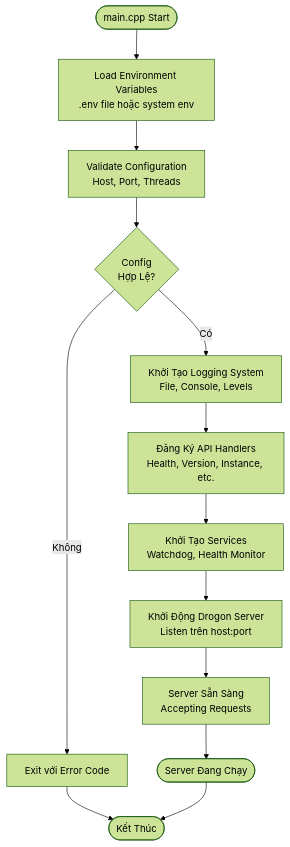
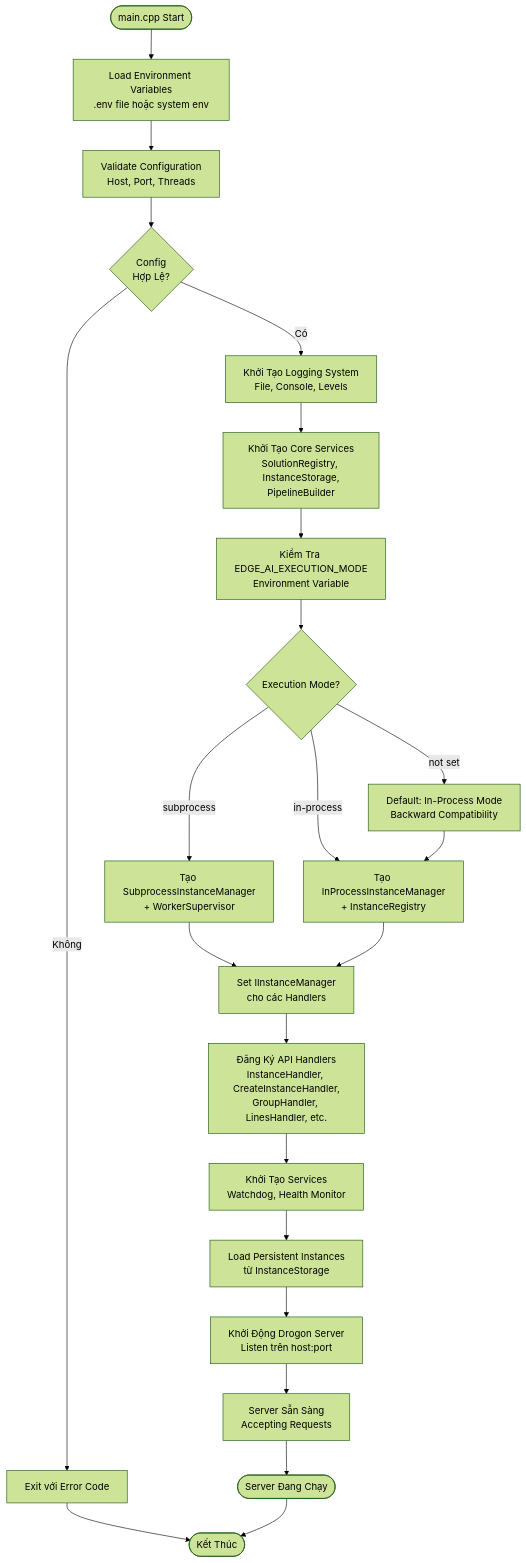
The sixth of 11 diagrams in docs/ARCHITECTURE.md (cvedix/edge_ai_api), drawn with Mermaid (forest theme) before and after one commit. The commit also changed other lines of this file and 2 other files, not shown here.

Commit message:
feat: set subprocess mode as production default and update architecture docs

````diff
--- a/docs/ARCHITECTURE.md
+++ b/docs/ARCHITECTURE.md
@@ -128,16 +188,26 @@
 ```mermaid
 flowchart TD
     Start([main.cpp Start]) --> LoadEnv[Load Environment Variables<br/>.env file hoặc system env]
     LoadEnv --> ValidateConfig[Validate Configuration<br/>Host, Port, Threads]
     ValidateConfig --> ConfigInvalid{Config<br/>Hợp Lệ?}
     ConfigInvalid -->|Không| ExitError[Exit với Error Code]
     ConfigInvalid -->|Có| InitLogging[Khởi Tạo Logging System<br/>File, Console, Levels]
-    InitLogging --> RegisterHandlers[Đăng Ký API Handlers<br/>Health, Version, Instance, etc.]
+    InitLogging --> InitCoreServices[Khởi Tạo Core Services<br/>SolutionRegistry, InstanceStorage,<br/>PipelineBuilder]
+    InitCoreServices --> CheckExecutionMode[Kiểm Tra EDGE_AI_EXECUTION_MODE<br/>Environment Variable]
+    CheckExecutionMode --> ModeDecision{Execution Mode?}
+    ModeDecision -->|subprocess| CreateSubprocessManager[Tạo SubprocessInstanceManager<br/>+ WorkerSupervisor]
+    ModeDecision -->|in-process| CreateInProcessManager[Tạo InProcessInstanceManager<br/>+ InstanceRegistry]
+    ModeDecision -->|not set| DefaultInProcess[Default: In-Process Mode<br/>Backward Compatibility]
+    DefaultInProcess --> CreateInProcessManager
+    CreateSubprocessManager --> SetInstanceManager[Set IInstanceManager<br/>cho các Handlers]
+    CreateInProcessManager --> SetInstanceManager
+    SetInstanceManager --> RegisterHandlers[Đăng Ký API Handlers<br/>InstanceHandler, CreateInstanceHandler,<br/>GroupHandler, LinesHandler, etc.]
     RegisterHandlers --> InitServices[Khởi Tạo Services<br/>Watchdog, Health Monitor]
-    InitServices --> StartDrogon[Khởi Động Drogon Server<br/>Listen trên host:port]
+    InitServices --> LoadPersistentInstances[Load Persistent Instances<br/>từ InstanceStorage]
+    LoadPersistentInstances --> StartDrogon[Khởi Động Drogon Server<br/>Listen trên host:port]
     StartDrogon --> ServerReady[Server Sẵn Sàng<br/>Accepting Requests]
     ServerReady --> Running([Server Đang Chạy])
 
     ExitError --> End([Kết Thúc])
     Running --> End
 ```
````
